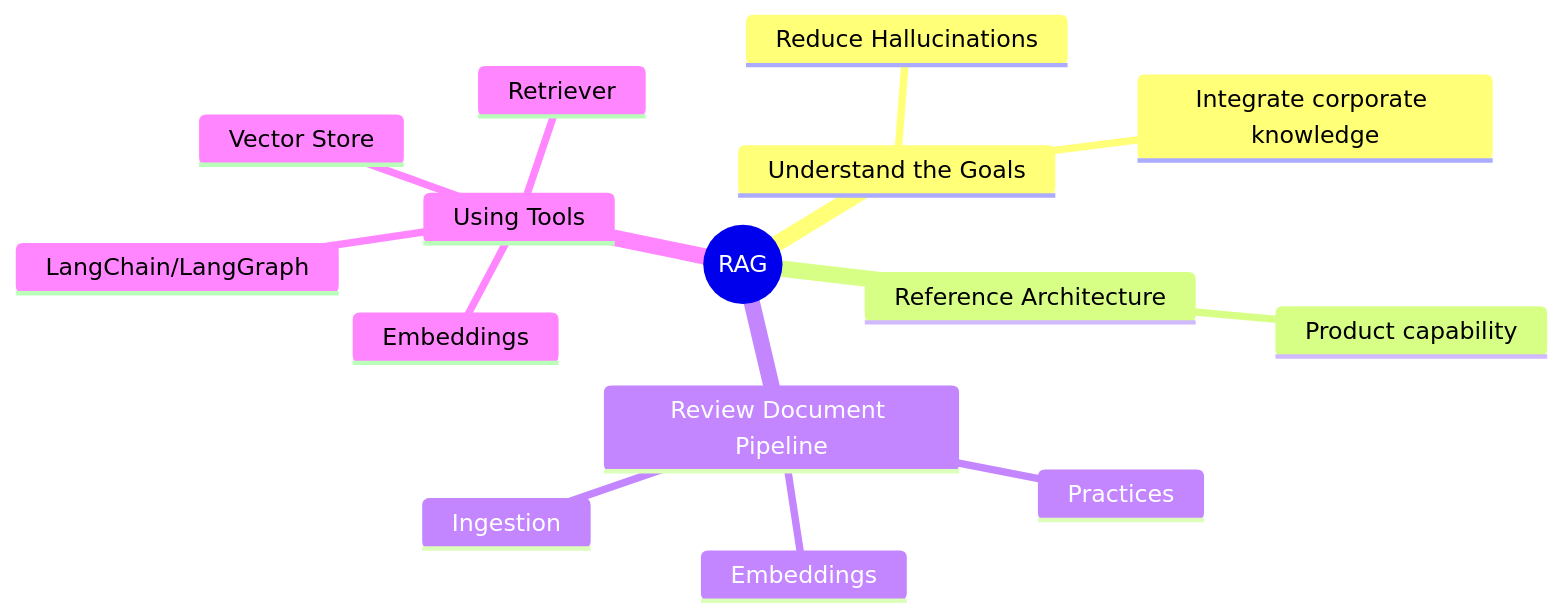
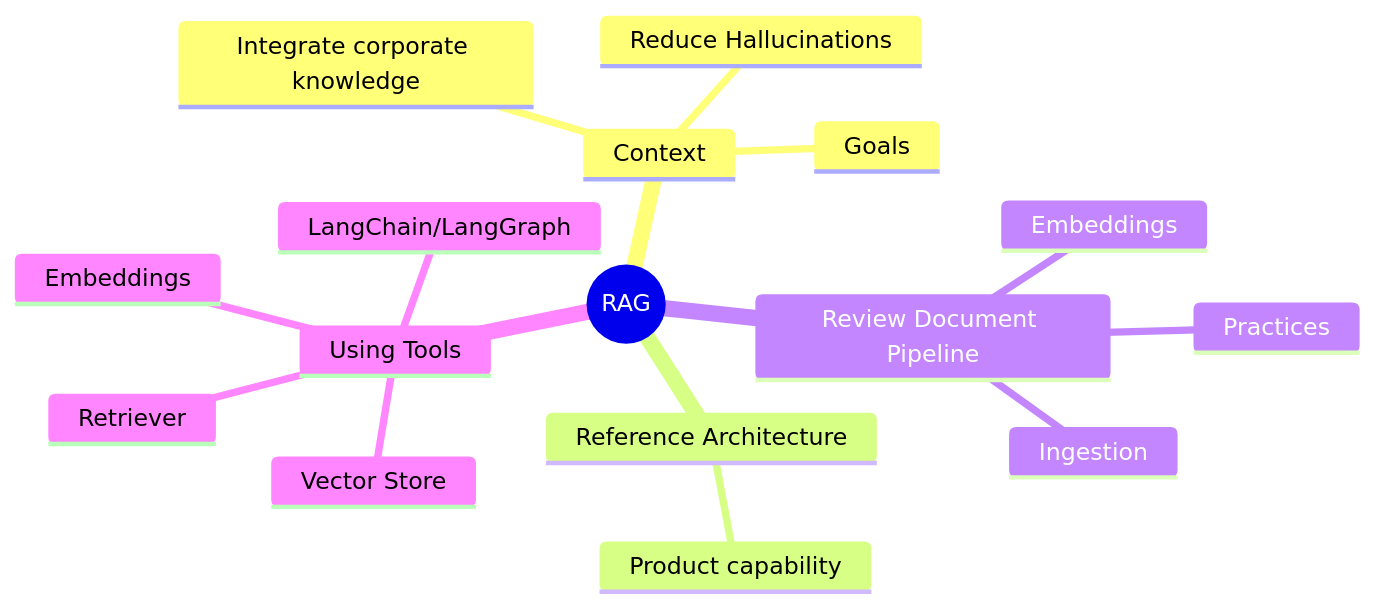
One commit to jbcodeforce/ML-studies changed the first of 2 diagrams in docs/genAI/rag.md. Above: the diagram before and after it, drawn with Mermaid. The commit also changed other lines of this file and 3 other files, not shown here.

````diff
--- a/docs/genAI/rag.md
+++ b/docs/genAI/rag.md
@@ -5,18 +8,19 @@
 ```mermaid
 mindmap
   root((RAG))
-    Understand the Goals
+    Context
+      Goals
       Reduce Hallucinations
       Integrate corporate knowledge
     Reference Architecture
         Product capability
     Review Document Pipeline
       Ingestion
       Embeddings
       Practices
     Using Tools
       Vector Store
       Embeddings
       Retriever
       LangChain/LangGraph
 ```
````
